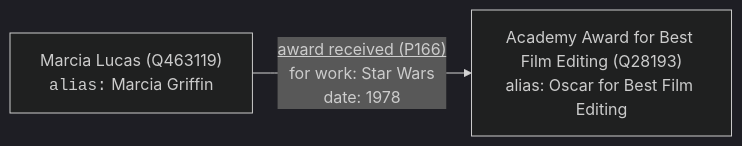
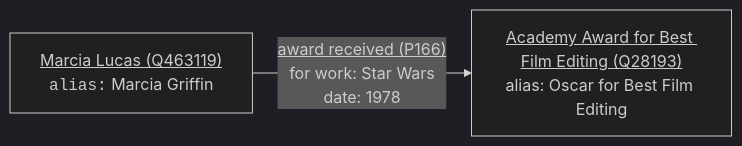
One commit to jakobib/swib2024-pg changed the fifth of 5 diagrams in introduction.qmd. Above: the diagram before and after it, drawn with Mermaid (dark theme). The commit also changed other lines of this file and 4 other files, not shown here.

````diff
--- a/introduction.qmd
+++ b/introduction.qmd
@@ -264,6 +267,6 @@
 ```{mermaid}
 flowchart LR
-  Q28193["Academy Award for Best Film Editing (Q28193)<br>alias: Oscar for Best Film Editing"]
-  Q463119["Marcia Lucas (Q463119)<br><tt>alias:</tt> Marcia Griffin"]
+  Q28193["<u>Academy Award for Best Film Editing (Q28193)</u><br>alias: Oscar for Best Film Editing"]
+  Q463119["<u>Marcia Lucas (Q463119)</u><br><tt>alias:</tt> Marcia Griffin"]
   Q463119 -- "<u>award received (P166)</u><br>for work: Star Wars<br>date: 1978" --> Q28193
 ```
````
